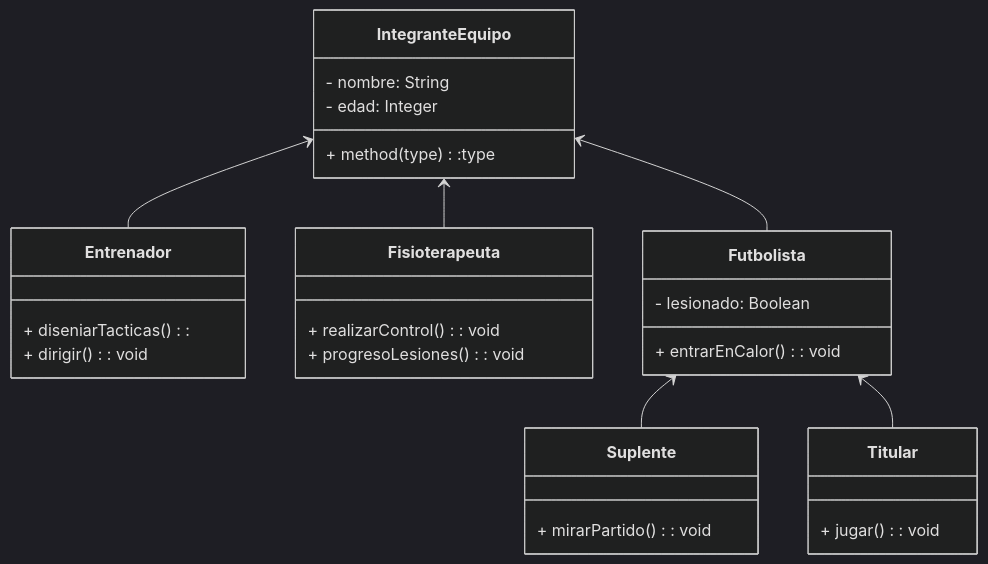
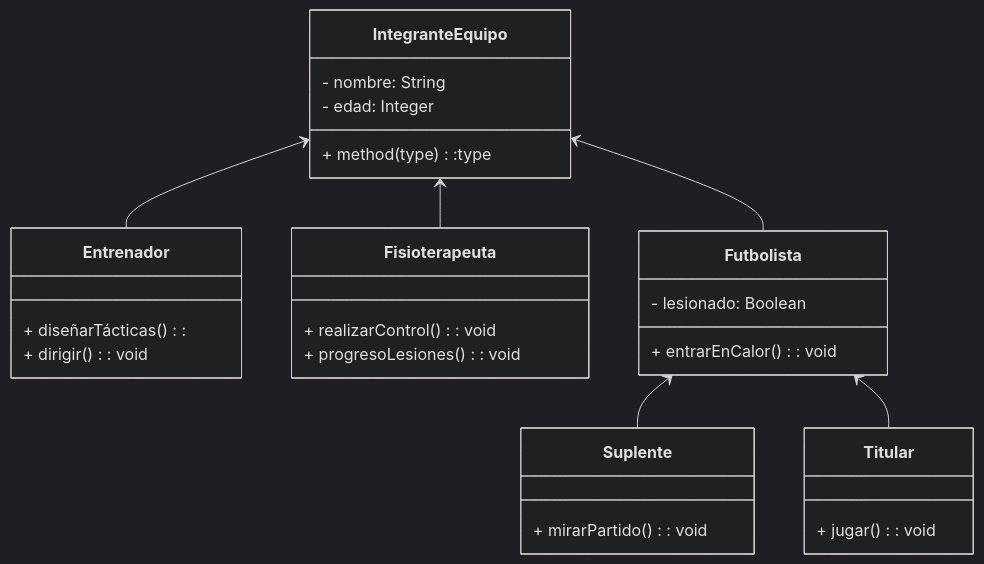
Diagram 17 of 20 in programacion_orientada_a_objetos/poo.md (PaulaLucero2021/course_digitalhouse), drawn with Mermaid (dark theme) before and after one commit. The commit also changed other lines of this file and 23 other files, not shown here.

````diff
--- a/programacion_orientada_a_objetos/poo.md
+++ b/programacion_orientada_a_objetos/poo.md
@@ -2704,35 +3161,35 @@
 ```mermaid
 classDiagram
 direction TB
 
 class IntegranteEquipo {
     - nombre: String
     - edad: Integer
     + method(type):type
 }
 class Entrenador {
-    + diseniarTacticas():
+    + diseñarTácticas():
     + dirigir(): void
 }
 class Fisioterapeuta {
     + realizarControl(): void
     + progresoLesiones(): void
 }
 class Futbolista {
     - lesionado: Boolean
     + entrarEnCalor(): void
 }
 class Suplente {
     + mirarPartido(): void
 }
 class Titular {
     + jugar(): void
 }
 
 IntegranteEquipo <-- Entrenador
 IntegranteEquipo <-- Fisioterapeuta
 IntegranteEquipo <-- Futbolista
 Futbolista <-- Suplente
 Futbolista <-- Titular
 
 ```
````
